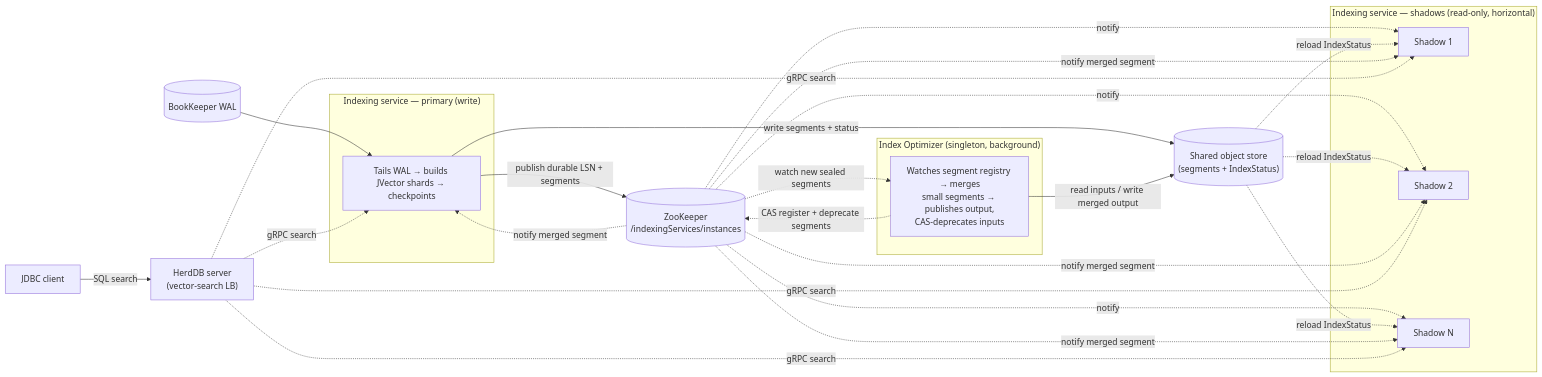
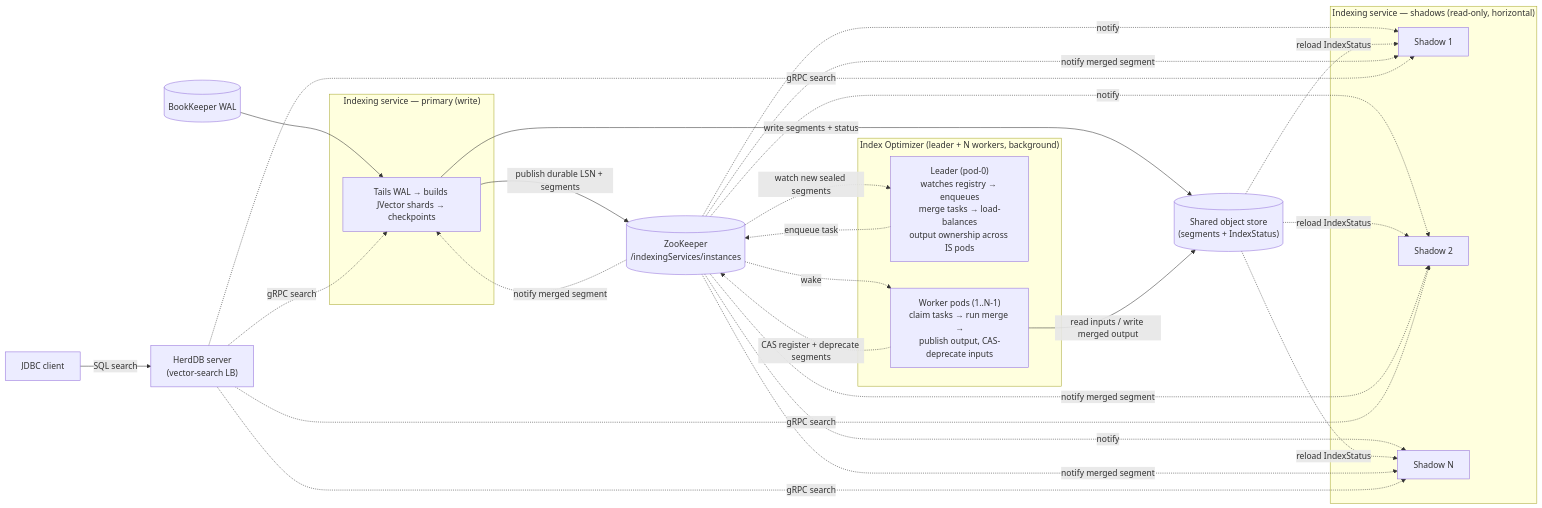
One commit to eolivelli/herddb changed the fifth of 6 diagrams in README.md. Above: the diagram before and after it, drawn with Mermaid. The commit also changed other lines of this file and 50 other files, not shown here.

First line of the commit message:
horizontal scalability of the Index Optimizer service (leader + workers) (#532)

````diff
--- a/README.md
+++ b/README.md
@@ -286,47 +286,50 @@
 ```mermaid
 flowchart LR
   WAL[("BookKeeper WAL")]
   ZK[("ZooKeeper<br/>/indexingServices/instances")]
   OBJ[("Shared object store<br/>(segments + IndexStatus)")]
 
   subgraph Primary["Indexing service — primary (write)"]
     P["Tails WAL → builds JVector shards → checkpoints"]
   end
 
   subgraph Shadows["Indexing service — shadows (read-only, horizontal)"]
     S1["Shadow 1"]
     S2["Shadow 2"]
     S3["Shadow N"]
   end
 
-  subgraph Optimizer["Index Optimizer (singleton, background)"]
-    O["Watches segment registry → merges<br/>small segments → publishes output,<br/>CAS-deprecates inputs"]
+  subgraph Optimizer["Index Optimizer (leader + N workers, background)"]
+    OLeader["Leader (pod-0)<br/>watches registry → enqueues<br/>merge tasks → load-balances<br/>output ownership across IS pods"]
+    OWorker["Worker pods (1..N-1)<br/>claim tasks → run merge →<br/>publish output, CAS-deprecate inputs"]
   end
 
   JDBC["JDBC client"]
   Server["HerdDB server<br/>(vector-search LB)"]
 
   WAL --> P
   P -->|write segments + status| OBJ
   P -->|publish durable LSN + segments| ZK
   ZK -. notify .-> S1
   ZK -. notify .-> S2
   ZK -. notify .-> S3
   OBJ -. reload IndexStatus .-> S1
   OBJ -. reload IndexStatus .-> S2
   OBJ -. reload IndexStatus .-> S3
 
-  ZK -. watch new sealed segments .-> O
-  O -->|read inputs / write merged output| OBJ
-  O -. CAS register + deprecate segments .-> ZK
+  ZK -. watch new sealed segments .-> OLeader
+  OLeader -. enqueue task .-> ZK
+  ZK -. wake .-> OWorker
+  OWorker -->|read inputs / write merged output| OBJ
+  OWorker -. CAS register + deprecate segments .-> ZK
   ZK -. notify merged segment .-> P
   ZK -. notify merged segment .-> S1
   ZK -. notify merged segment .-> S2
   ZK -. notify merged segment .-> S3
 
   JDBC -->|SQL search| Server
   Server -. gRPC search .-> P
   Server -. gRPC search .-> S1
   Server -. gRPC search .-> S2
   Server -. gRPC search .-> S3
 ```
````
